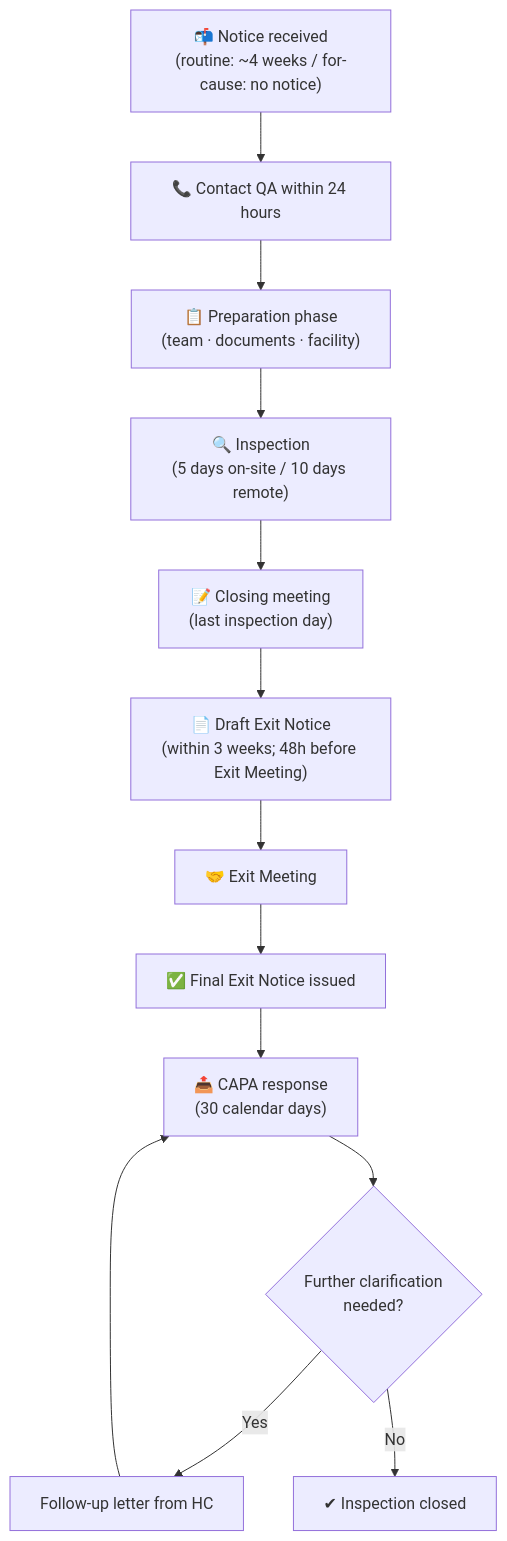
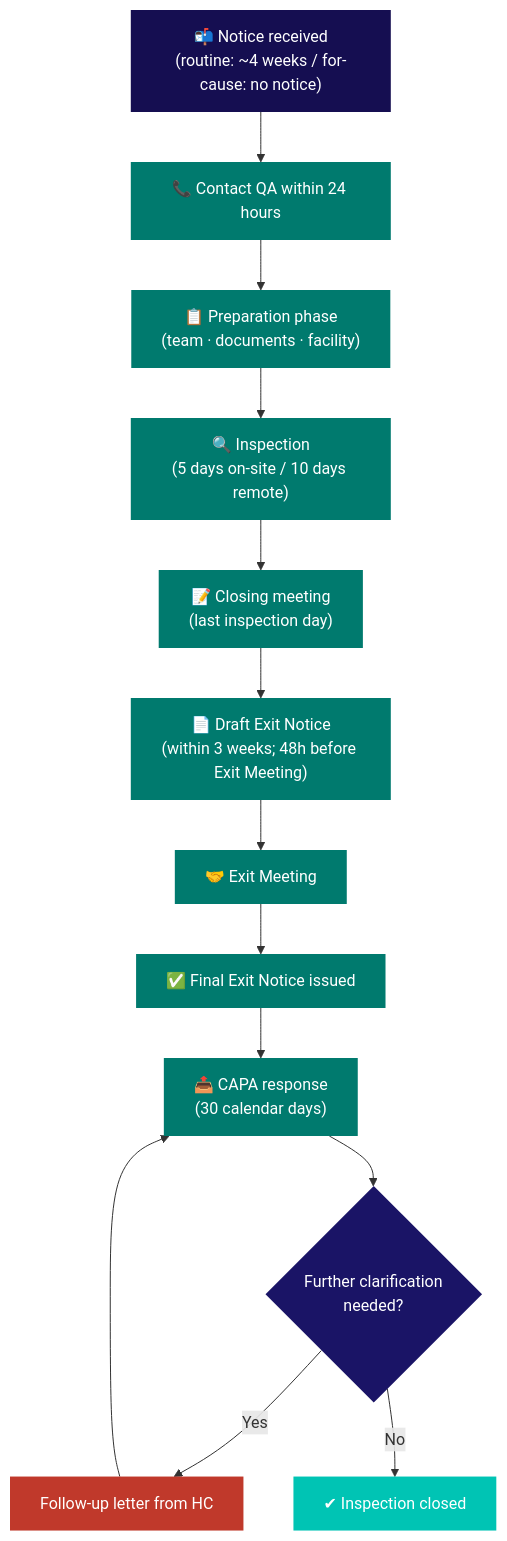
Before and after one commit to matthewfiorentino/docs: the diagram in kb/conduct/hc-inspection-guide.mdx, drawn with Mermaid. The commit also changed 14 other files, not shown here.

````diff
--- a/kb/conduct/hc-inspection-guide.mdx
+++ b/kb/conduct/hc-inspection-guide.mdx
@@ -78,16 +78,29 @@
 ```mermaid
 flowchart TD
     A["📬 Notice received\n(routine: ~4 weeks / for-cause: no notice)"]
     --> B["📞 Contact QA within 24 hours"]
     --> C["📋 Preparation phase\n(team · documents · facility)"]
     --> D["🔍 Inspection\n(5 days on-site / 10 days remote)"]
     --> E["📝 Closing meeting\n(last inspection day)"]
     --> F["📄 Draft Exit Notice\n(within 3 weeks; 48h before Exit Meeting)"]
     --> G["🤝 Exit Meeting"]
     --> H["✅ Final Exit Notice issued"]
     --> I["📤 CAPA response\n(30 calendar days)"]
     --> J{"Further clarification\nneeded?"}
     J -- Yes --> K["Follow-up letter from HC"]
     K --> I
     J -- No --> L["✔ Inspection closed"]
+
+    style A fill:#150e51,color:#fff,stroke:none
+    style B fill:#007a6e,color:#fff,stroke:none
+    style C fill:#007a6e,color:#fff,stroke:none
+    style D fill:#007a6e,color:#fff,stroke:none
+    style E fill:#007a6e,color:#fff,stroke:none
+    style F fill:#007a6e,color:#fff,stroke:none
+    style G fill:#007a6e,color:#fff,stroke:none
+    style H fill:#007a6e,color:#fff,stroke:none
+    style I fill:#007a6e,color:#fff,stroke:none
+    style J fill:#1a1466,color:#fff,stroke:none
+    style K fill:#c0392b,color:#fff,stroke:none
+    style L fill:#00c4b4,color:#fff,stroke:none
 ```
````
